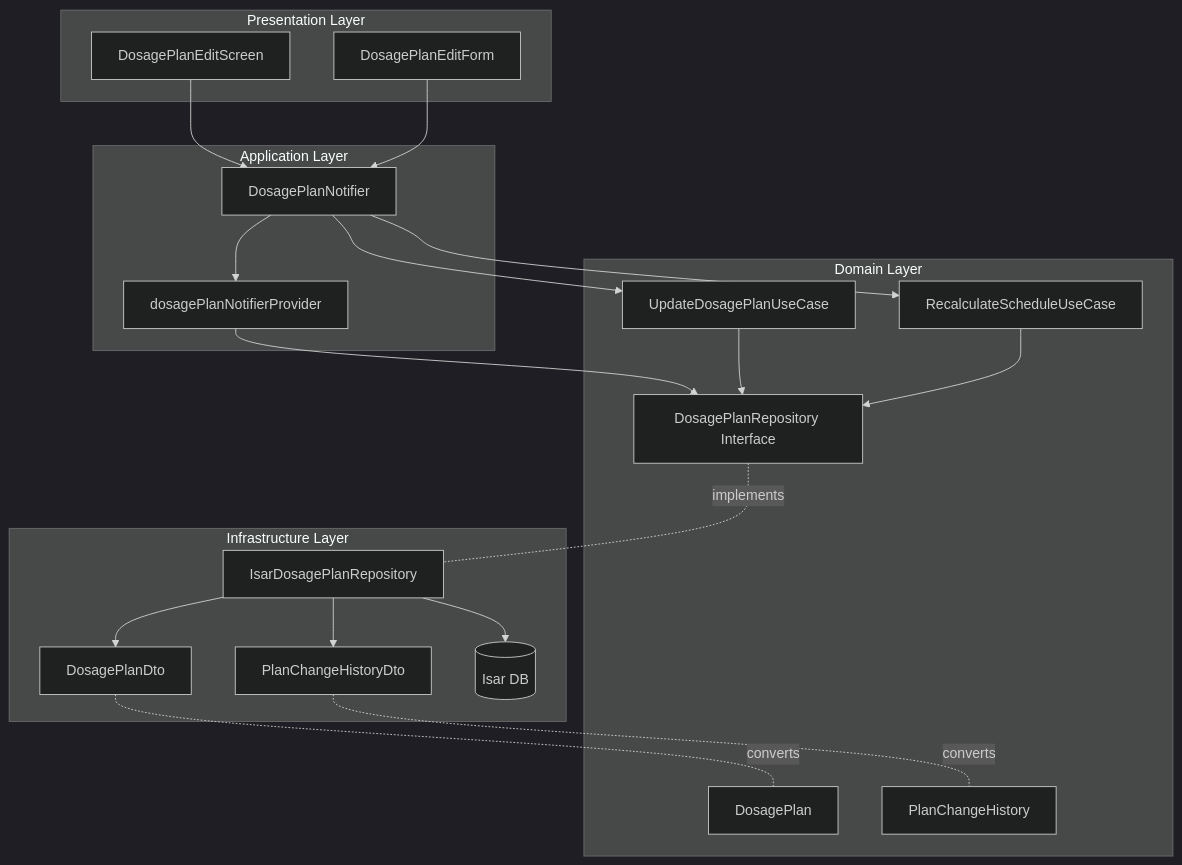
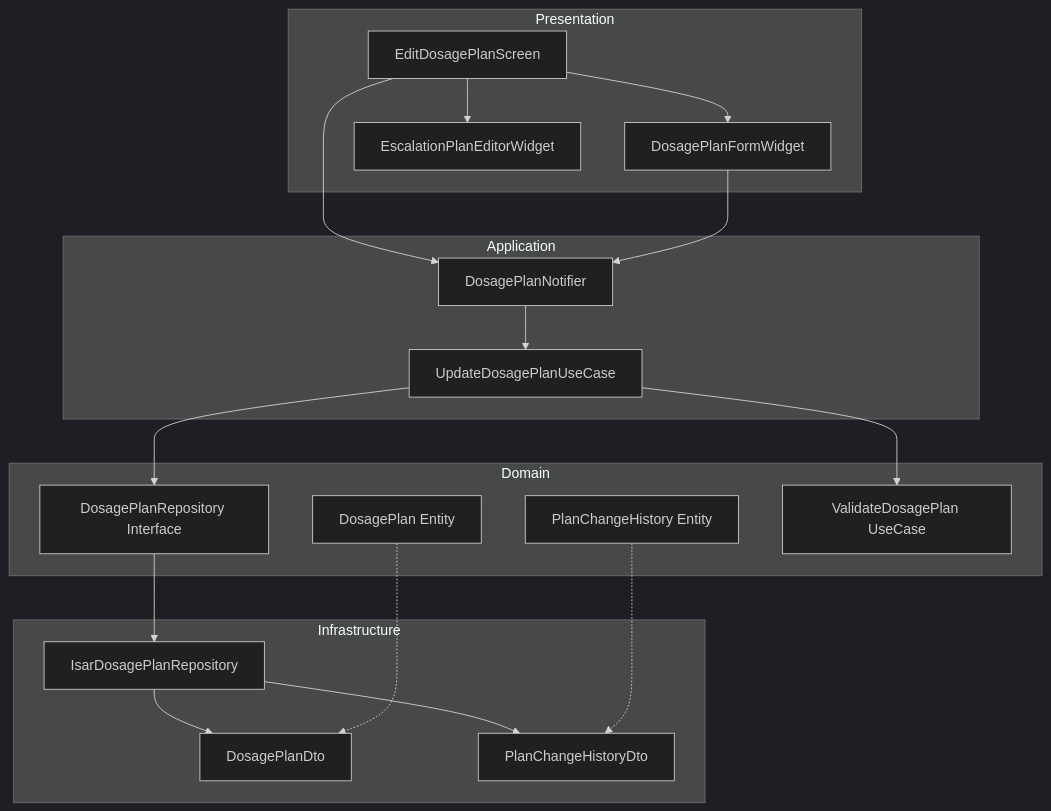
The diagram in docs/012/plan.md (pcepyon/n06), drawn with Mermaid (dark theme) before and after one commit. The commit also changed other lines of this file and 18 other files, not shown here.

````diff
--- a/docs/012/plan.md
+++ b/docs/012/plan.md
@@ -33,42 +16,39 @@
 ```mermaid
 graph TD
-    subgraph Presentation Layer
-        Screen[DosagePlanEditScreen]
-        Form[DosagePlanEditForm]
+    subgraph Presentation
+        A[EditDosagePlanScreen]
+        B[DosagePlanFormWidget]
+        C[EscalationPlanEditorWidget]
     end
 
-    subgraph Application Layer
-        Notifier[DosagePlanNotifier]
-        Provider[dosagePlanNotifierProvider]
+    subgraph Application
+        D[DosagePlanNotifier]
+        E[UpdateDosagePlanUseCase]
     end
 
-    subgraph Domain Layer
-        Entity1[DosagePlan]
-        Entity2[PlanChangeHistory]
-        RepoInterface[DosagePlanRepository Interface]
-        UseCase1[UpdateDosagePlanUseCase]
-        UseCase2[RecalculateScheduleUseCase]
+    subgraph Domain
+        F[DosagePlan Entity]
+        G[PlanChangeHistory Entity]
+        H[DosagePlanRepository Interface]
+        I[ValidateDosagePlan UseCase]
     end
 
-    subgraph Infrastructure Layer
-        RepoImpl[IsarDosagePlanRepository]
-        Dto1[DosagePlanDto]
-        Dto2[PlanChangeHistoryDto]
-        Isar[(Isar DB)]
+    subgraph Infrastructure
+        J[IsarDosagePlanRepository]
+        K[DosagePlanDto]
+        L[PlanChangeHistoryDto]
     end
 
-    Screen --> Notifier
-    Form --> Notifier
-    Notifier --> Provider
-    Provider --> RepoInterface
-    Notifier --> UseCase1
-    Notifier --> UseCase2
-    UseCase1 --> RepoInterface
-    UseCase2 --> RepoInterface
-    RepoInterface -.implements.- RepoImpl
-    RepoImpl --> Dto1
-    RepoImpl --> Dto2
-    RepoImpl --> Isar
-    Dto1 -.converts.- Entity1
-    Dto2 -.converts.- Entity2
+    A --> D
+    A --> B
+    A --> C
+    B --> D
+    D --> E
+    E --> I
+    E --> H
+    H --> J
+    J --> K
+    J --> L
+    F -.-> K
+    G -.-> L
 ```
````
